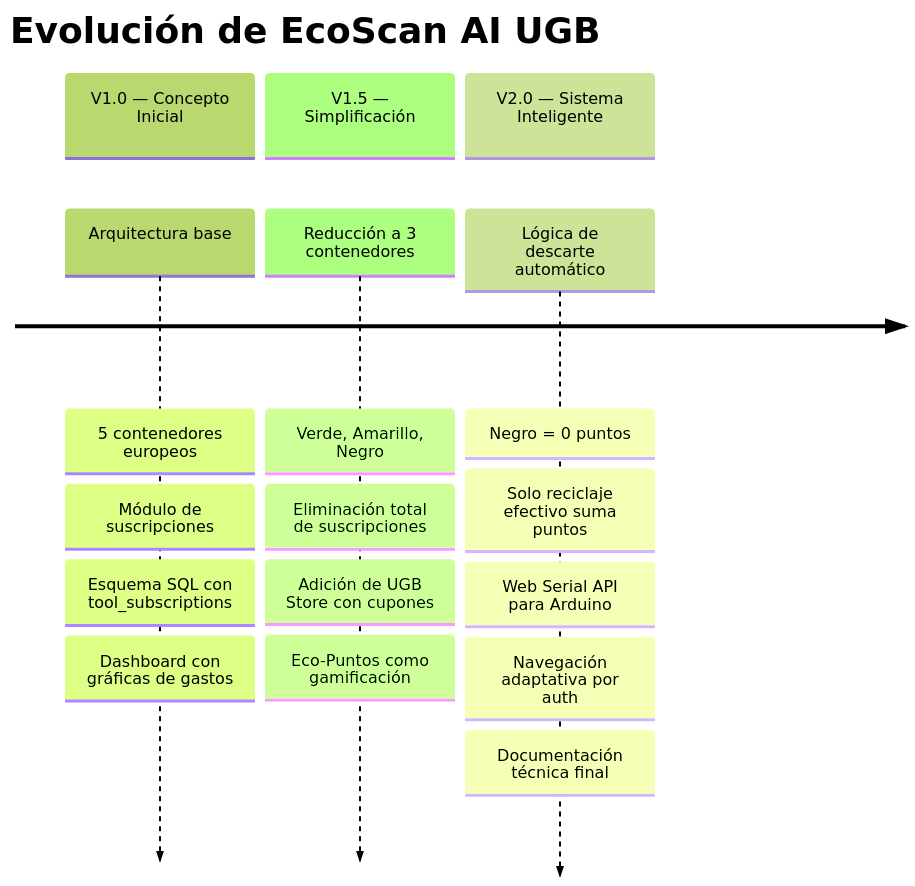
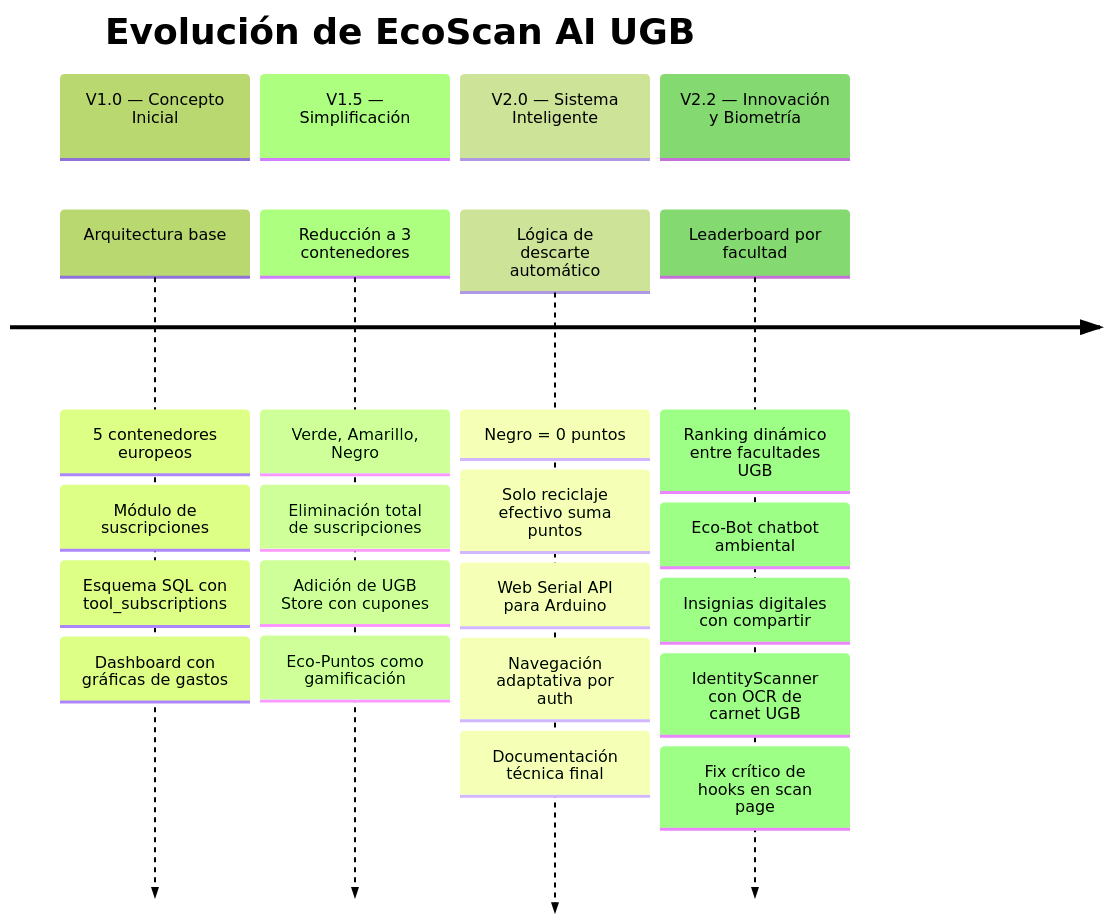
One commit to NANDO7U7/TecEmer changed the second of 2 diagrams in DOCUMENTACION.md. Above: the diagram before and after it, drawn with Mermaid. The commit also changed other lines of this file and 41 other files, not shown here.

Commit message:
fix: resolve hooks order error in ScanPage and implement student ID OCR

````diff
--- a/DOCUMENTACION.md
+++ b/DOCUMENTACION.md
@@ -571,24 +571,30 @@
 ```mermaid
 ---
 config:
   theme: forest
 ---
 timeline
     title Evolución de EcoScan AI UGB
     section V1.0 — Concepto Inicial
         Arquitectura base : 5 contenedores europeos
         : Módulo de suscripciones
         : Esquema SQL con tool_subscriptions
         : Dashboard con gráficas de gastos
     section V1.5 — Simplificación
         Reducción a 3 contenedores : Verde, Amarillo, Negro
         : Eliminación total de suscripciones
         : Adición de UGB Store con cupones
         : Eco-Puntos como gamificación
     section V2.0 — Sistema Inteligente
         Lógica de descarte automático : Negro = 0 puntos
         : Solo reciclaje efectivo suma puntos
         : Web Serial API para Arduino
         : Navegación adaptativa por auth
         : Documentación técnica final
+    section V2.2 — Innovación y Biometría
+        Leaderboard por facultad : Ranking dinámico entre facultades UGB
+        : Eco-Bot chatbot ambiental
+        : Insignias digitales con compartir
+        : IdentityScanner con OCR de carnet UGB
+        : Fix crítico de hooks en scan page
 ```
````
